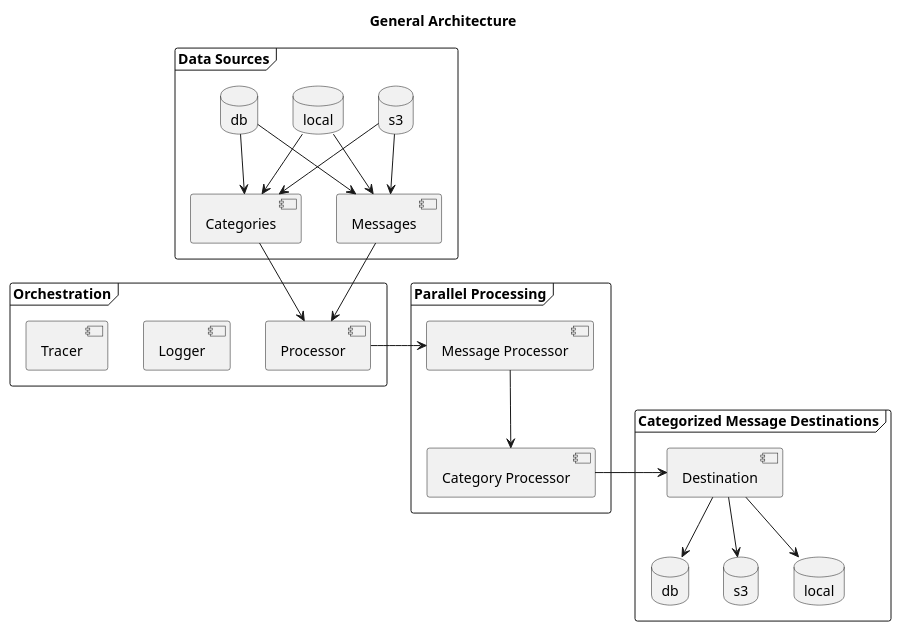
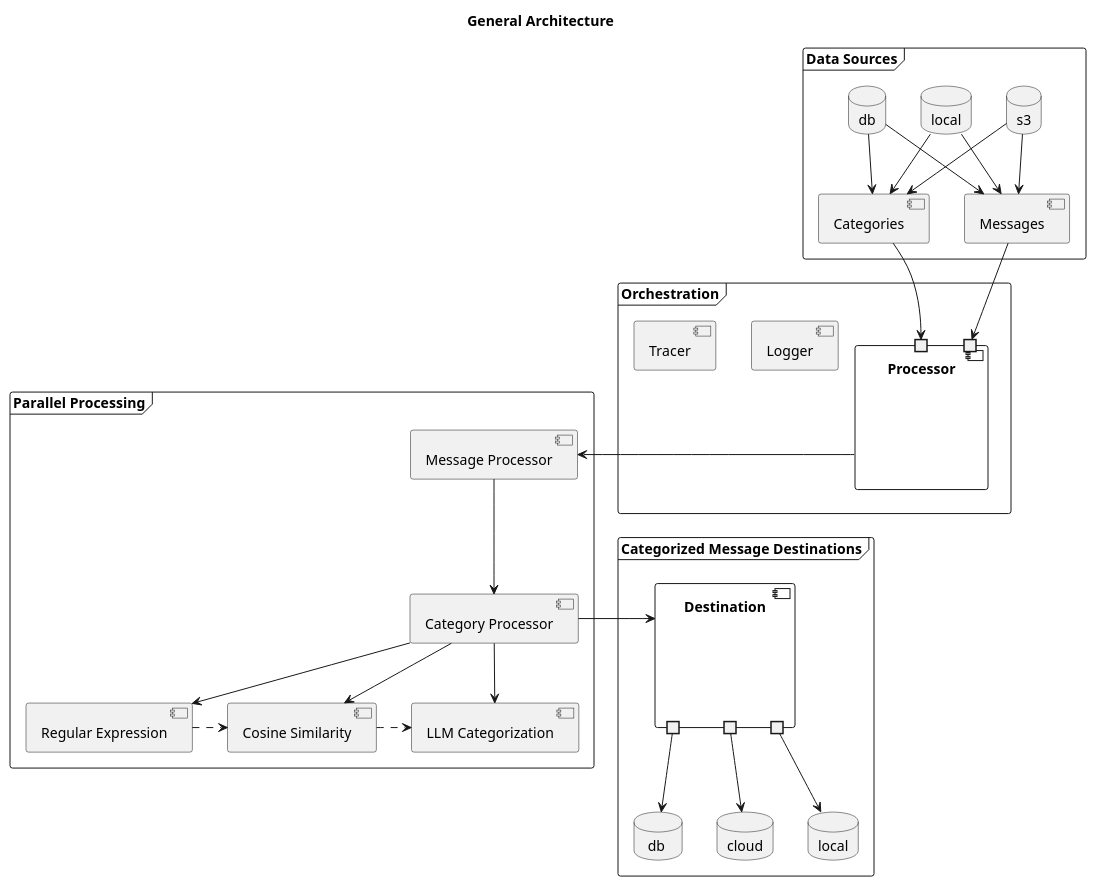
Before and after one commit to agramirez/deterministic-categorization: the diagram in doc/diagrams/architecture.puml, drawn with PlantUML. The commit also changed 7 other files, not shown here.

Commit message:
Updating general architecture diagram

```diff
--- a/doc/diagrams/architecture.puml
+++ b/doc/diagrams/architecture.puml
@@ -1,52 +1,70 @@
 @startuml "General Architecture"
 
 title "General Architecture"
 
 frame "Data Sources" as ds {
     database db
     database s3
     database local
 
     [Categories]
     [Messages]
 
     db -down-> Messages
     db -down-> Categories
 
     s3 -down-> Messages
     s3 -down-> Categories
 
     local -down-> Messages
     local -down-> Categories
 }
 
 frame "Orchestration" as orc {
     [Logger]
     [Tracer]
-    [Processor]
+    component Processor as Processor {
+        port " " as cin
+        port " " as min
+    }
 }
 
-Messages --> Processor
-Categories --> Processor
+Messages --> cin
+Categories --> min
 
 frame "Parallel Processing" as pro {
     [Message Processor] as mp
     [Category Processor] as cp
+
+    component "Regular Expression" as regex
+    component "Cosine Similarity" as cosine
+    component "LLM Categorization" as llm
+
+    cp -down-> regex
+    cp -down-> cosine
+    cp -down-> llm
+
+    regex ..right..> cosine
+    cosine ..right..> llm
 }
 
 frame "Categorized Message Destinations" as dd {
-    [Destination] as dest
-    database "db" as dbd
-    database "s3" as s3d
+    component Destination as dest {
+        portout " " as pdbd
+        portout " " as ps3d
+        portout " " as plocald
+    }
+    database " db  " as dbd
+    database "cloud" as s3d
     database "local" as locald
 
-    dest -down-> dbd
-    dest -down-> s3d
-    dest -down-> locald
+    pdbd -down-> dbd
+    ps3d -down-> s3d
+    plocald -down-> locald
 }
 
 [Processor] -> mp
 mp --> cp
 cp -right-> dest
 
 @enduml
```
